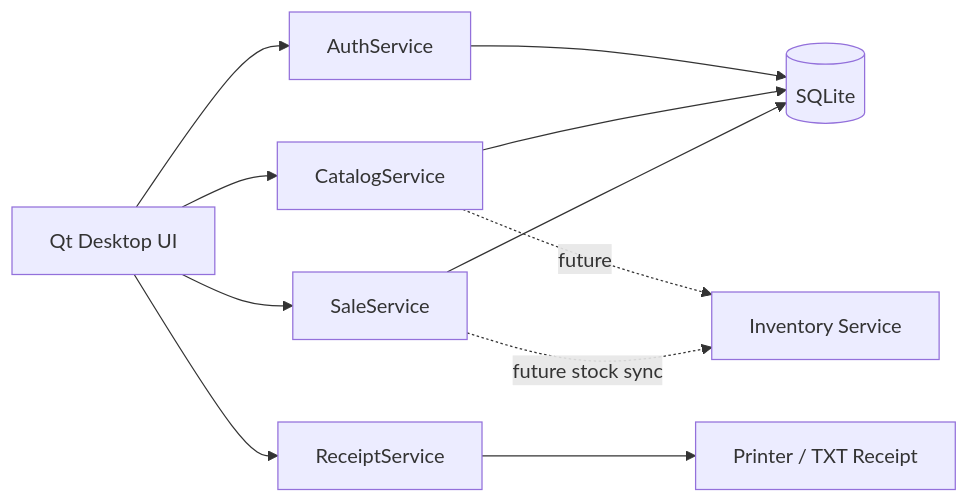
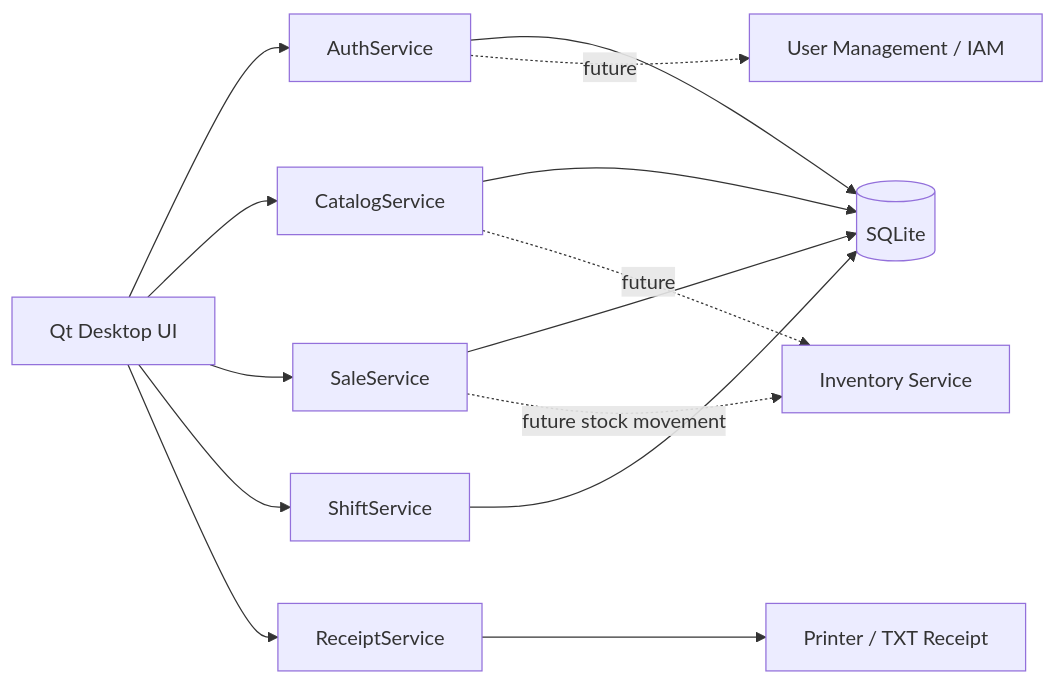
Before and after one commit to taufikiqbalr/pos-python-desktop: the diagram in README.md, drawn with Mermaid. The commit also changed other lines of this file, not shown here.

````diff
--- a/README.md
+++ b/README.md
@@ -23,13 +134,18 @@
 ```mermaid
 flowchart LR
     UI[Qt Desktop UI] --> AUTH[AuthService]
     UI --> CAT[CatalogService]
     UI --> SALE[SaleService]
+    UI --> SHIFT[ShiftService]
     UI --> RECEIPT[ReceiptService]
+
     AUTH --> DB[(SQLite)]
     CAT --> DB
     SALE --> DB
+    SHIFT --> DB
     RECEIPT --> PRINT[Printer / TXT Receipt]
+
     CAT -. future .-> INV[Inventory Service]
-    SALE -. future stock sync .-> INV
+    SALE -. future stock movement .-> INV
+    AUTH -. future .-> IAM[User Management / IAM]
 ```
````
